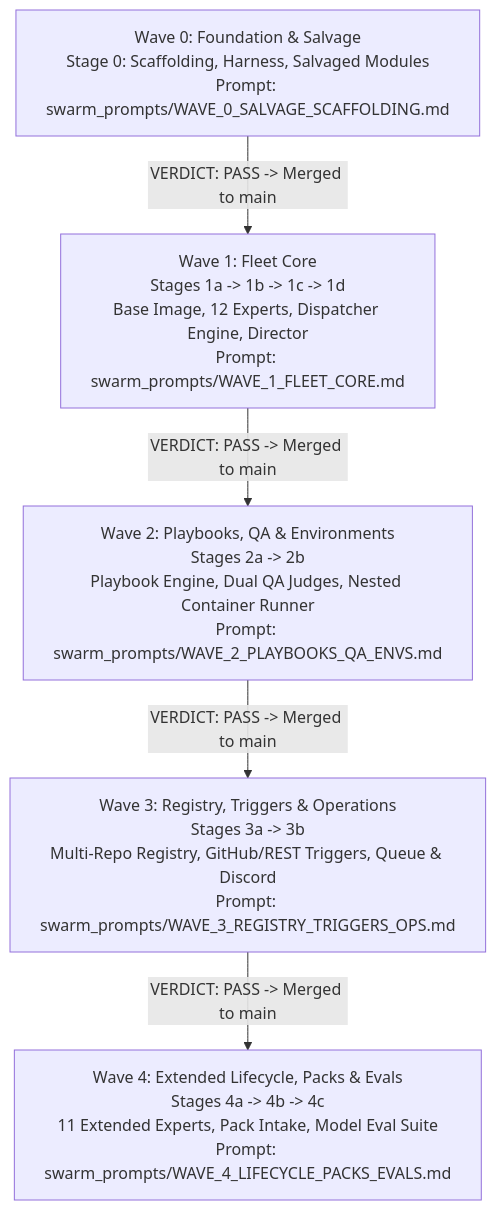
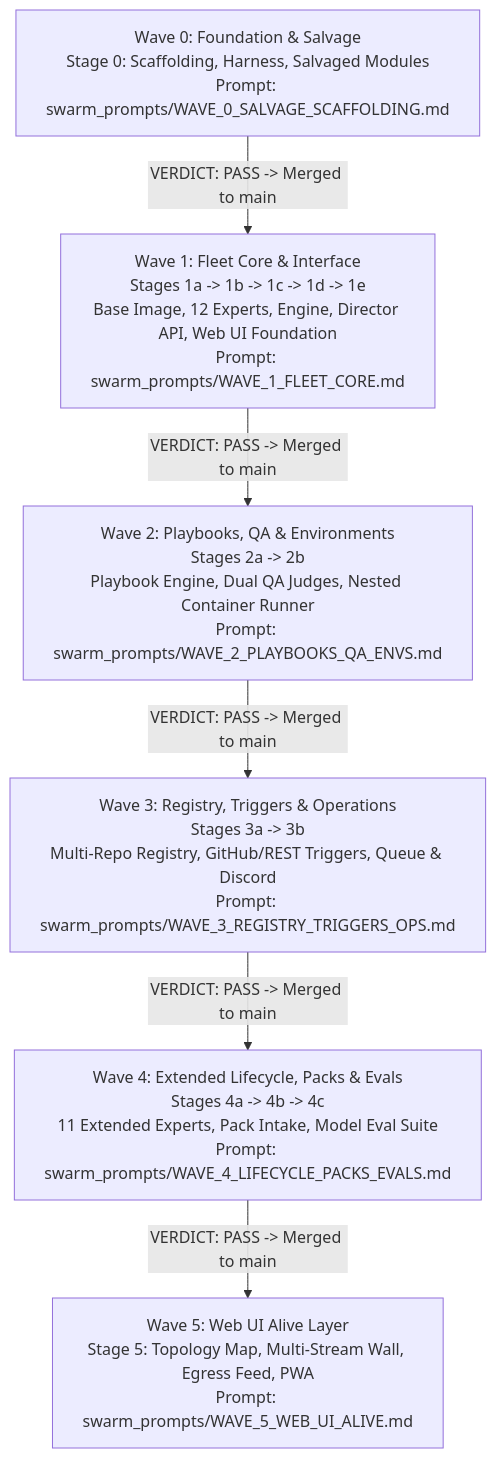
One commit to Heretek-AI/The-Agency changed the diagram in swarm_prompts/MASTER_WAVE_ORCHESTRATOR.md. Above: the diagram before and after it, drawn with Mermaid. The commit also changed other lines of this file and 13 other files, not shown here.

Commit message:
docs(prompts): sync Edition 3 web UI foundation and fleet prompts

````diff
--- a/swarm_prompts/MASTER_WAVE_ORCHESTRATOR.md
+++ b/swarm_prompts/MASTER_WAVE_ORCHESTRATOR.md
@@ -54,13 +59,15 @@
 ```mermaid
 flowchart TD
     W0["Wave 0: Foundation & Salvage\nStage 0: Scaffolding, Harness, Salvaged Modules\nPrompt: swarm_prompts/WAVE_0_SALVAGE_SCAFFOLDING.md"]
-    W1["Wave 1: Fleet Core\nStages 1a -> 1b -> 1c -> 1d\nBase Image, 12 Experts, Dispatcher Engine, Director\nPrompt: swarm_prompts/WAVE_1_FLEET_CORE.md"]
+    W1["Wave 1: Fleet Core & Interface\nStages 1a -> 1b -> 1c -> 1d -> 1e\nBase Image, 12 Experts, Engine, Director API, Web UI Foundation\nPrompt: swarm_prompts/WAVE_1_FLEET_CORE.md"]
     W2["Wave 2: Playbooks, QA & Environments\nStages 2a -> 2b\nPlaybook Engine, Dual QA Judges, Nested Container Runner\nPrompt: swarm_prompts/WAVE_2_PLAYBOOKS_QA_ENVS.md"]
     W3["Wave 3: Registry, Triggers & Operations\nStages 3a -> 3b\nMulti-Repo Registry, GitHub/REST Triggers, Queue & Discord\nPrompt: swarm_prompts/WAVE_3_REGISTRY_TRIGGERS_OPS.md"]
     W4["Wave 4: Extended Lifecycle, Packs & Evals\nStages 4a -> 4b -> 4c\n11 Extended Experts, Pack Intake, Model Eval Suite\nPrompt: swarm_prompts/WAVE_4_LIFECYCLE_PACKS_EVALS.md"]
+    W5["Wave 5: Web UI Alive Layer\nStage 5: Topology Map, Multi-Stream Wall, Egress Feed, PWA\nPrompt: swarm_prompts/WAVE_5_WEB_UI_ALIVE.md"]
 
     W0 -->|VERDICT: PASS -> Merged to main| W1
     W1 -->|VERDICT: PASS -> Merged to main| W2
     W2 -->|VERDICT: PASS -> Merged to main| W3
     W3 -->|VERDICT: PASS -> Merged to main| W4
+    W4 -->|VERDICT: PASS -> Merged to main| W5
 ```
````
